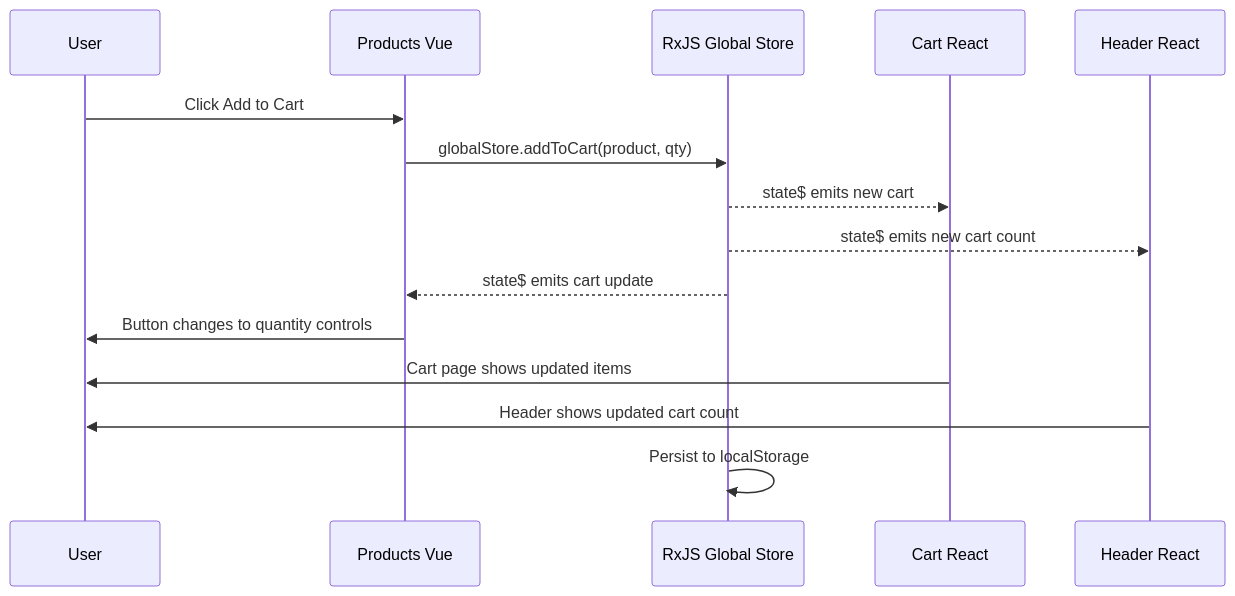
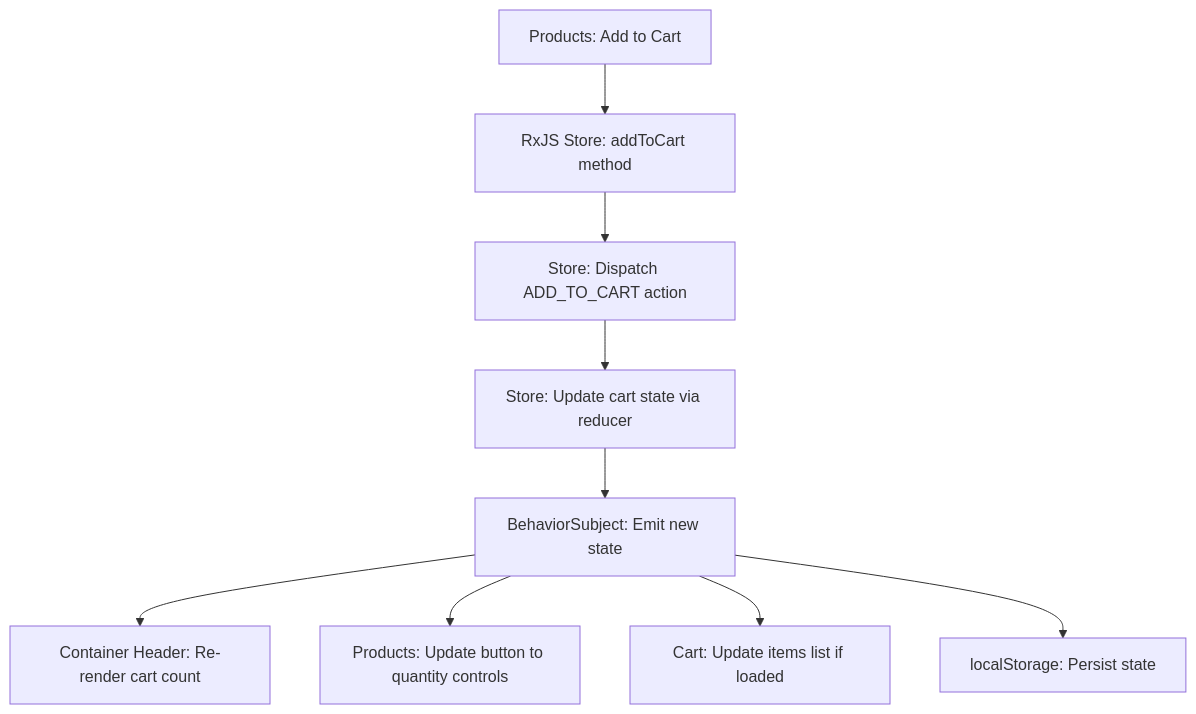
One commit to md-sohrab-hossain/microfrontend-ecommerce-platform changed the eighth of 13 diagrams in README.md. Above: the diagram before and after it, drawn with Mermaid. The commit also changed other lines of this file, not shown here.

````diff
--- a/README.md
+++ b/README.md
@@ -43,18 +243,12 @@
 ```mermaid
-sequenceDiagram
-    participant U as User
-    participant P as Products Vue
-    participant S as RxJS Global Store
-    participant C as Cart React
-    participant H as Header React
-
-    U->>P: Click Add to Cart
-    P->>S: globalStore.addToCart(product, qty)
-    S-->>C: state$ emits new cart
-    S-->>H: state$ emits new cart count
-    S-->>P: state$ emits cart update
-    P->>U: Button changes to quantity controls
-    C->>U: Cart page shows updated items
-    H->>U: Header shows updated cart count
-    S->>S: Persist to localStorage
+graph TD
+    A[Products: Add to Cart] --> B[RxJS Store: addToCart method]
+    B --> C[Store: Dispatch ADD_TO_CART action]
+    C --> D[Store: Update cart state via reducer]
+    D --> E[BehaviorSubject: Emit new state]
+    
+    E --> F[Container Header: Re-render cart count]
+    E --> G[Products: Update button to quantity controls]
+    E --> H[Cart: Update items list if loaded]
+    E --> I[localStorage: Persist state]
 ```
````
